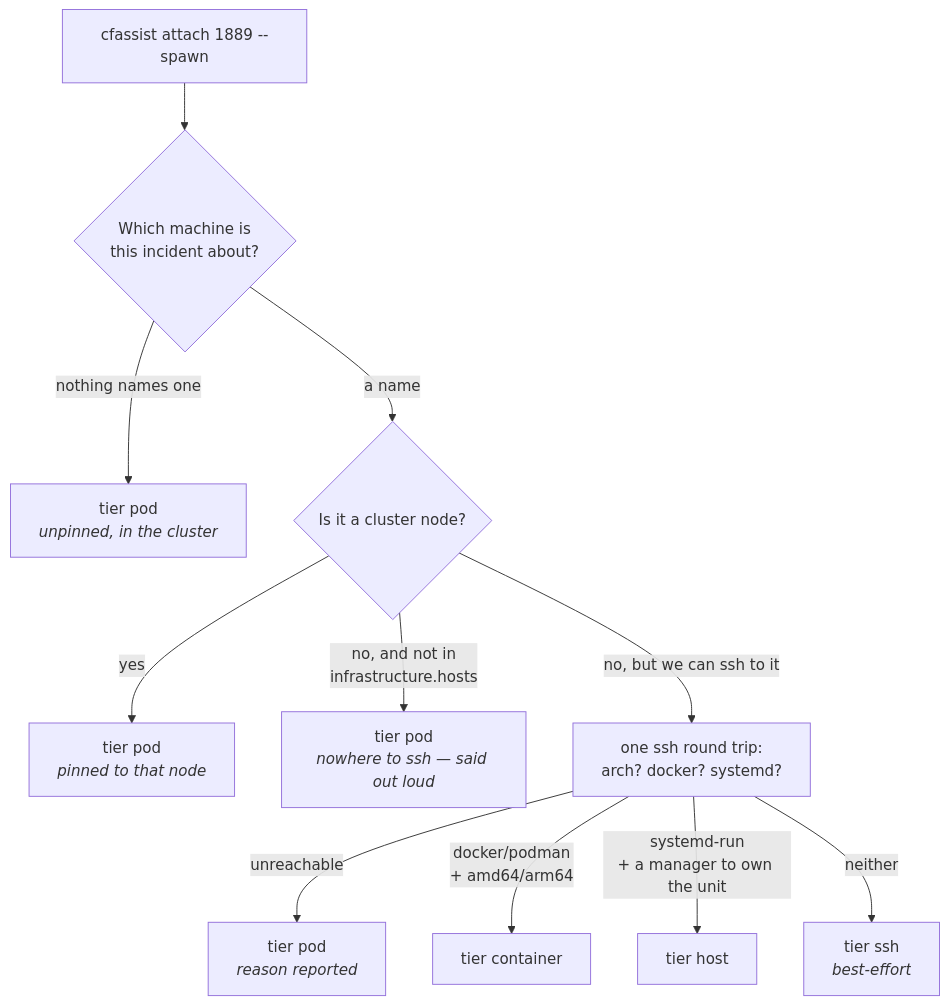
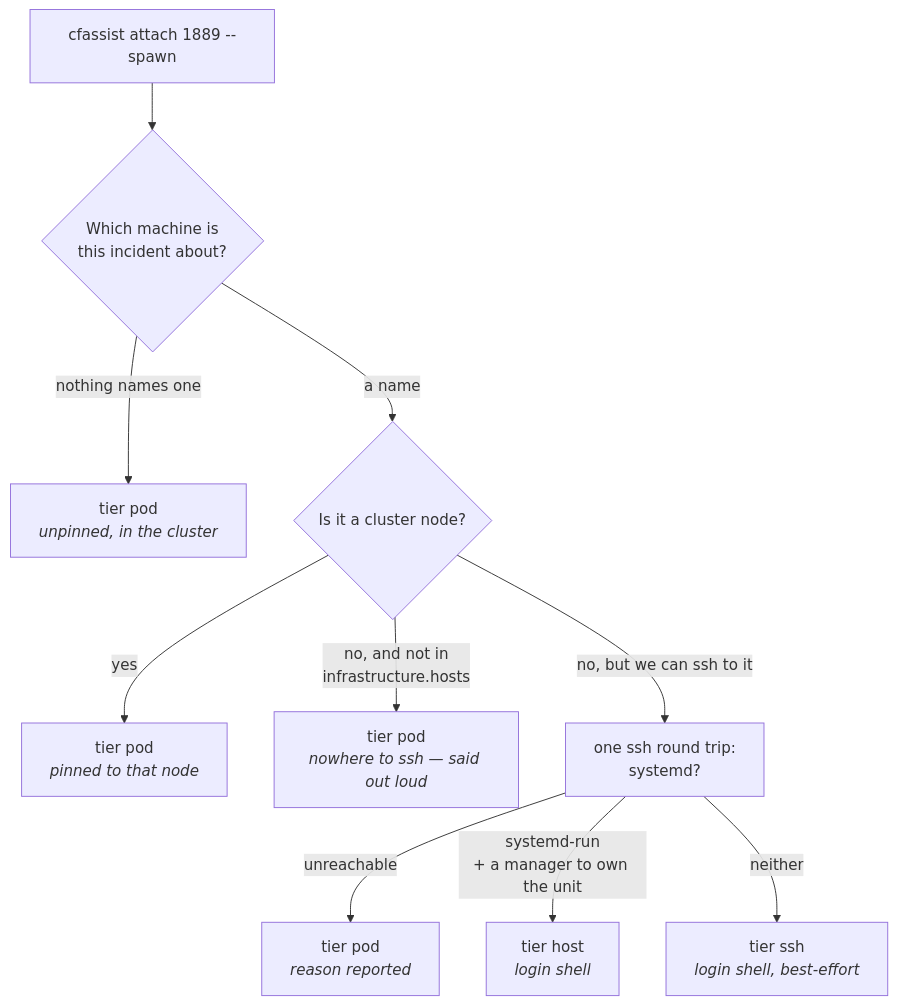
One commit to aachtenberg/cfoperator changed the diagram in docs/cockpit.md. Above: the diagram before and after it, drawn with Mermaid. The commit also changed other lines of this file and 3 other files, not shown here.

First line of the commit message:
Make a host cockpit a login shell, not an unattended TUI.

````diff
--- a/docs/cockpit.md
+++ b/docs/cockpit.md
@@ -363,13 +370,12 @@
 ```mermaid
 flowchart TD
     A["cfassist attach 1889 --spawn"] --> B{"Which machine is<br/>this incident about?"}
     B -->|"nothing names one"| P1["tier pod<br/><i>unpinned, in the cluster</i>"]
     B -->|"a name"| C{"Is it a cluster node?"}
     C -->|yes| P2["tier pod<br/><i>pinned to that node</i>"]
     C -->|"no, and not in<br/>infrastructure.hosts"| P3["tier pod<br/><i>nowhere to ssh — said out loud</i>"]
-    C -->|"no, but we can ssh to it"| D["one ssh round trip:<br/>arch? docker? systemd?"]
+    C -->|"no, but we can ssh to it"| D["one ssh round trip:<br/>systemd?"]
     D -->|"unreachable"| P4["tier pod<br/><i>reason reported</i>"]
-    D -->|"docker/podman<br/>+ amd64/arm64"| T2["tier container"]
-    D -->|"systemd-run<br/>+ a manager to own the unit"| T3["tier host"]
-    D -->|"neither"| T4["tier ssh<br/><i>best-effort</i>"]
+    D -->|"systemd-run<br/>+ a manager to own the unit"| T3["tier host<br/><i>login shell</i>"]
+    D -->|"neither"| T4["tier ssh<br/><i>login shell, best-effort</i>"]
 ```
````
